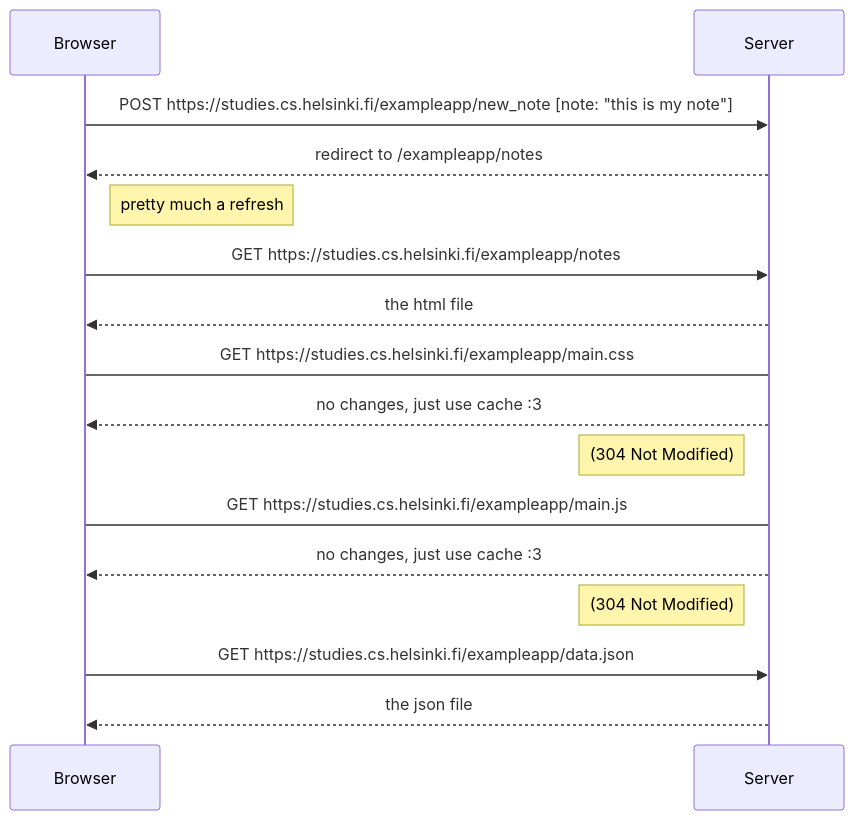
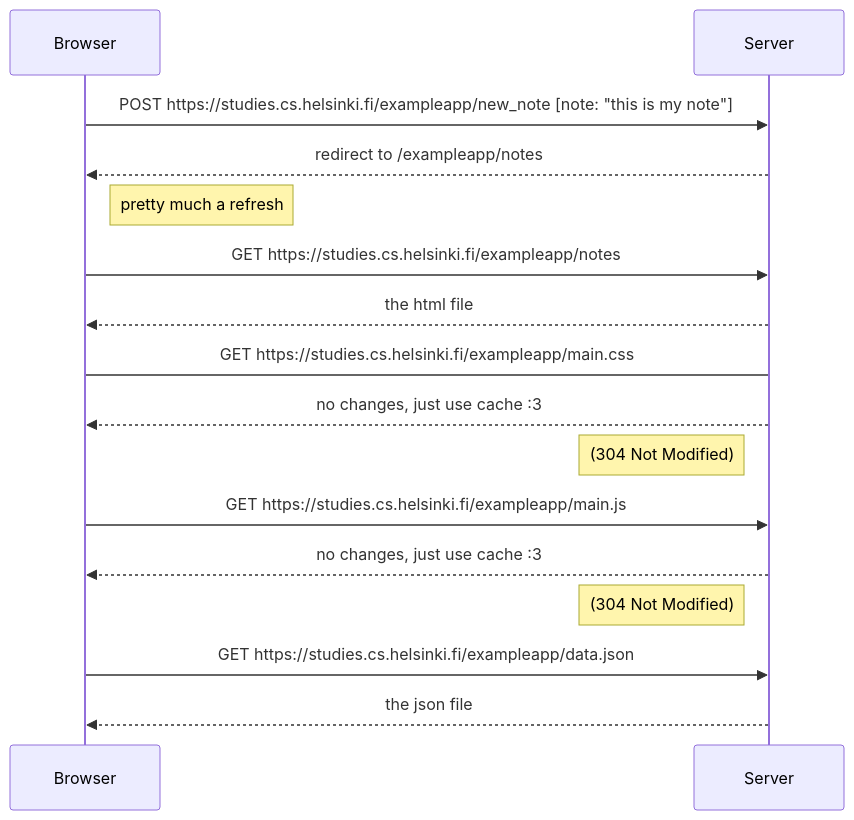
The diagram in Part 0/Exercise 0.4/flowchart.md (reddgab/fullstack-submissions), drawn with Mermaid before and after one commit.

````diff
--- a/Part 0/Exercise 0.4/flowchart.md
+++ b/Part 0/Exercise 0.4/flowchart.md
@@ -1,16 +1,16 @@
 ```mermaid
 sequenceDiagram
     Browser->>Server: POST https://studies.cs.helsinki.fi/exampleapp/new_note [note: "this is my note"]
     Server-->>Browser: redirect to /exampleapp/notes
     note right of Browser: pretty much a refresh
     Browser->>Server: GET https://studies.cs.helsinki.fi/exampleapp/notes
     Server-->>Browser: the html file
     Browser->Server: GET https://studies.cs.helsinki.fi/exampleapp/main.css
     Server-->>Browser: no changes, just use cache :3
     note left of Server: (304 Not Modified)
-    Browser->Server: GET https://studies.cs.helsinki.fi/exampleapp/main.js
+    Browser->>Server: GET https://studies.cs.helsinki.fi/exampleapp/main.js
     Server-->>Browser: no changes, just use cache :3
     note left of Server: (304 Not Modified)
     Browser->>Server: GET https://studies.cs.helsinki.fi/exampleapp/data.json
     Server-->>Browser: the json file
 ```
````
